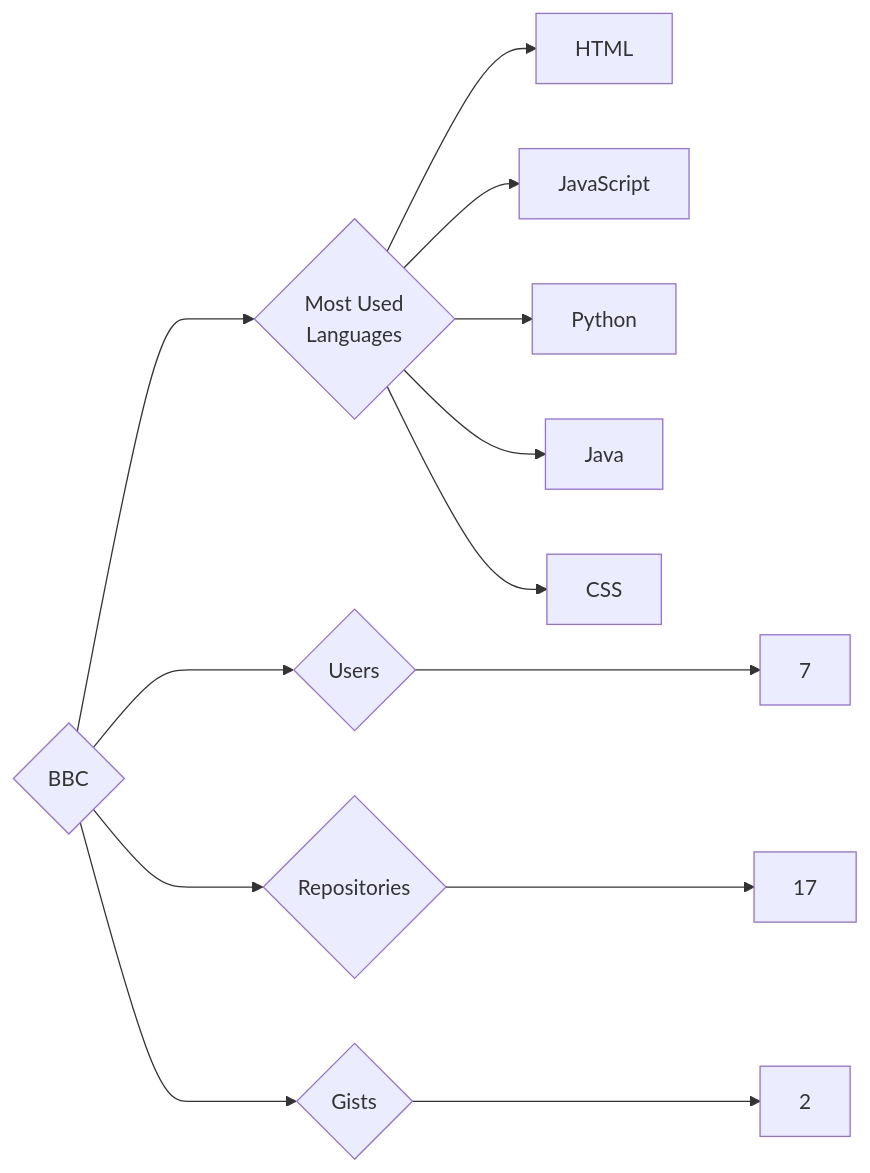
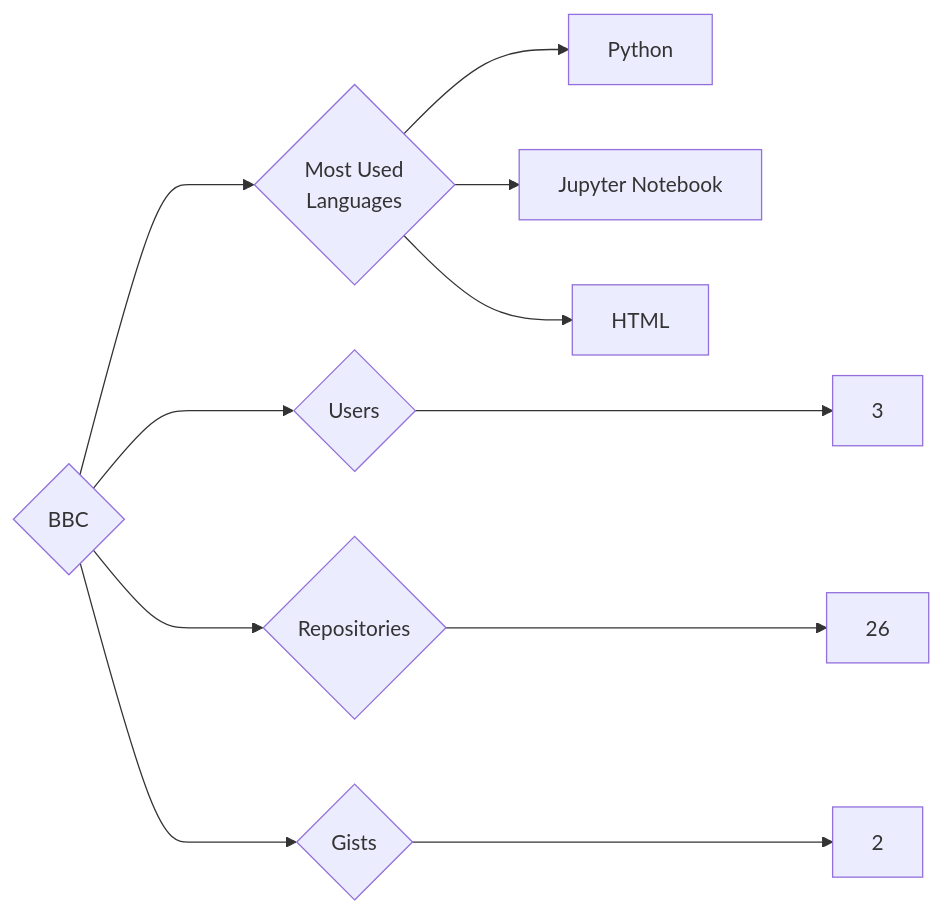
Before and after one commit to trickest/insiders: the diagram in targets/BBC/README.md, drawn with Mermaid. The commit also changed 933 other files, not shown here.

````diff
--- a/targets/BBC/README.md
+++ b/targets/BBC/README.md
@@ -3,13 +3,11 @@
 ```mermaid
 graph LR
 COMPANY_NAME{BBC}
-COMPANY_NAME ---> U{Users} ---> UN[7]
-COMPANY_NAME ---> R{Repositories} ---> RN[17]
+COMPANY_NAME ---> U{Users} ---> UN[3]
+COMPANY_NAME ---> R{Repositories} ---> RN[26]
 COMPANY_NAME ---> G{Gists} ---> GN[2]
 COMPANY_NAME ---> ML{Most Used<br>Languages}
+ML --> Python[Python]
+ML --> Jupyter_Notebook[Jupyter Notebook]
 ML --> HTML[HTML]
-ML --> JavaScript[JavaScript]
-ML --> Python[Python]
-ML --> Java[Java]
-ML --> CSS[CSS]
 ```
````
